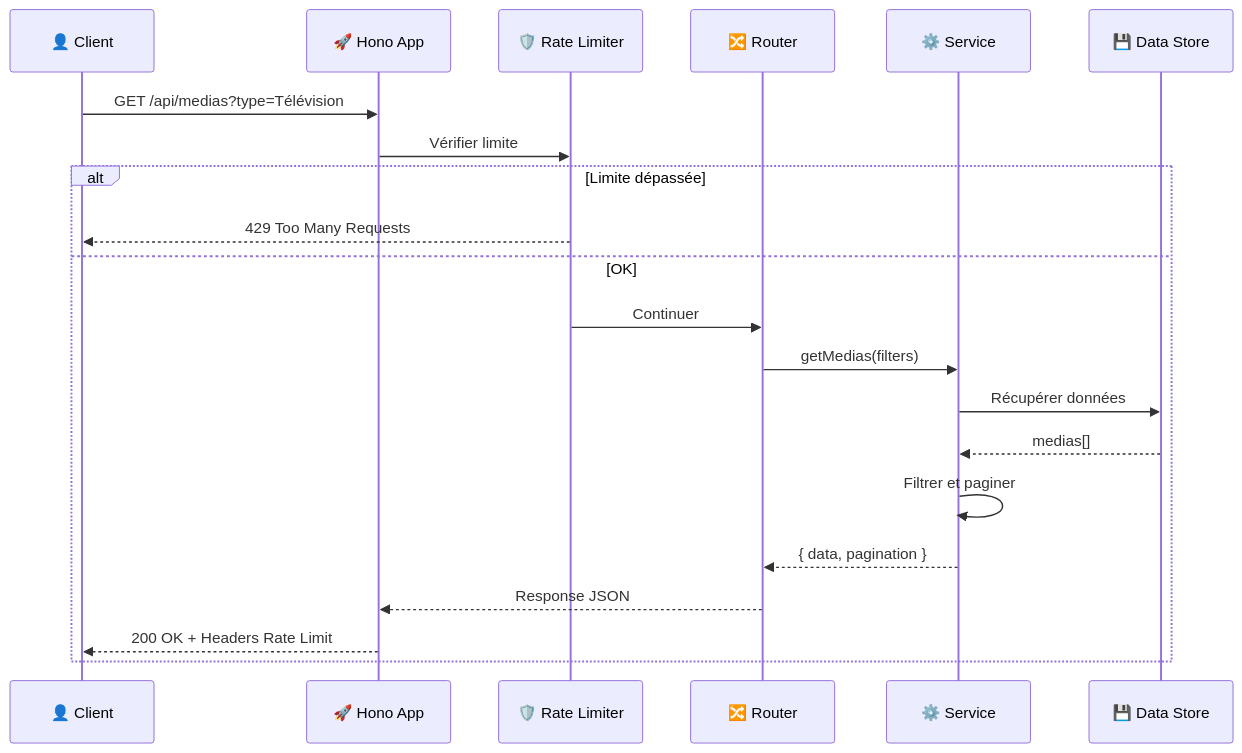
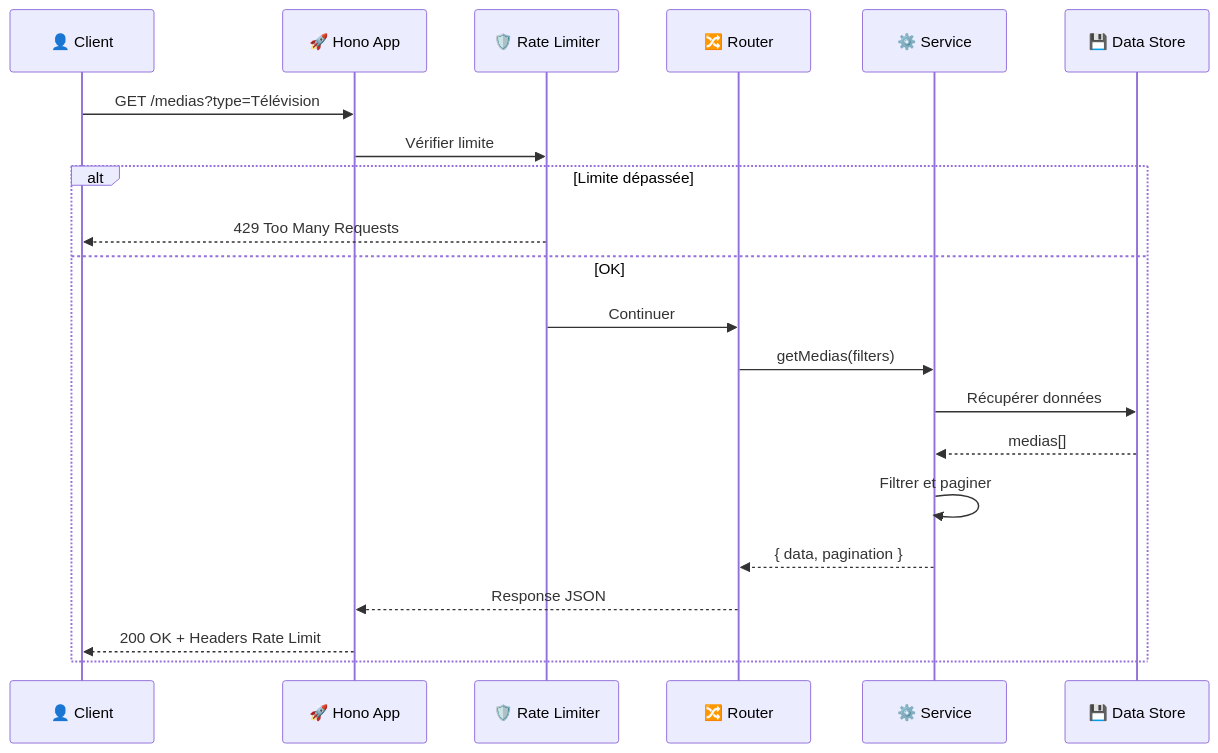
One commit to cedric-famibelle-pronzola/medias-francais-api changed the seventh of 14 diagrams in docs/diagrams.md. Above: the diagram before and after it, drawn with Mermaid. The commit also changed other lines of this file and 5 other files, not shown here.

````diff
--- a/docs/diagrams.md
+++ b/docs/diagrams.md
@@ -367,25 +377,25 @@
 ```mermaid
 sequenceDiagram
     participant C as 👤 Client
     participant H as 🚀 Hono App
     participant RL as 🛡️ Rate Limiter
     participant R as 🔀 Router
     participant S as ⚙️ Service
     participant D as 💾 Data Store
 
-    C->>H: GET /api/medias?type=Télévision
+    C->>H: GET /medias?type=Télévision
     H->>RL: Vérifier limite
 
     alt Limite dépassée
         RL-->>C: 429 Too Many Requests
     else OK
         RL->>R: Continuer
         R->>S: getMedias(filters)
         S->>D: Récupérer données
         D-->>S: medias[]
         S->>S: Filtrer et paginer
         S-->>R: { data, pagination }
         R-->>H: Response JSON
         H-->>C: 200 OK + Headers Rate Limit
     end
 ```
````
